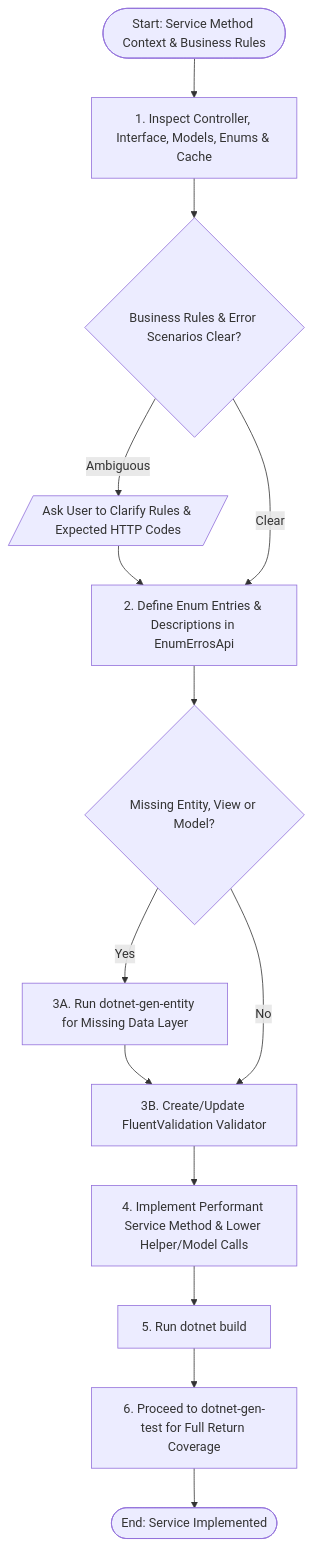
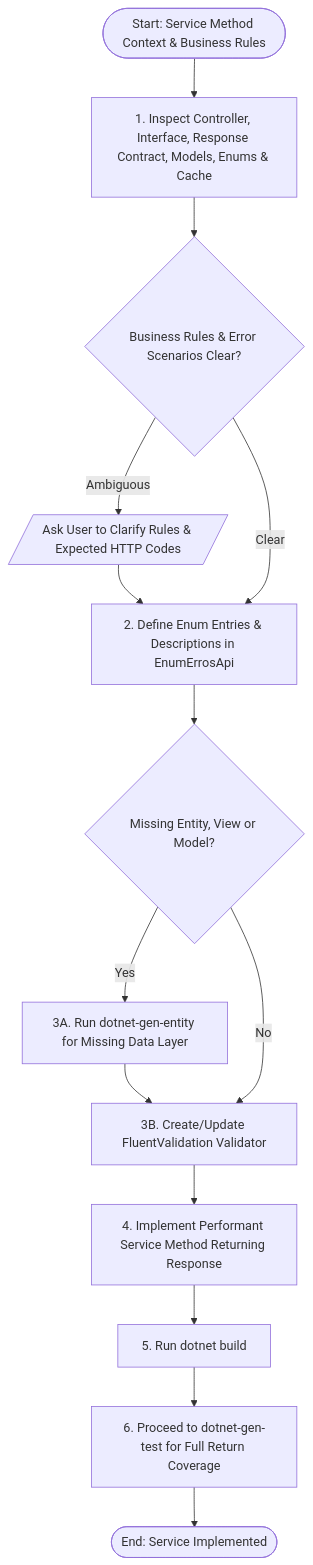
The diagram in AI/GEMINI/skills/programming/dotnet/dotnet-gen-service.md (pedrovtof/Nievo-AI), drawn with Mermaid before and after one commit. The commit also changed other lines of this file and 2 other files, not shown here.

First line of the commit message:
feat(skills): enforce mandatory response contracts in dotnet skills

````diff
--- a/AI/GEMINI/skills/programming/dotnet/dotnet-gen-service.md
+++ b/AI/GEMINI/skills/programming/dotnet/dotnet-gen-service.md
@@ -29,16 +28,16 @@
 ```mermaid
 flowchart TD
-    start(["Start: Service Method Context & Business Rules"]) --> inspect["1. Inspect Controller, Interface, Models, Enums & Cache"]
+    start(["Start: Service Method Context & Business Rules"]) --> inspect["1. Inspect Controller, Interface, Response Contract, Models, Enums & Cache"]
     inspect --> rules{"Business Rules & Error Scenarios Clear?"}
     rules -->|"Ambiguous"| ask[/"Ask User to Clarify Rules & Expected HTTP Codes"/]
     ask --> enum_step
     rules -->|"Clear"| enum_step["2. Define Enum Entries & Descriptions in EnumErrosApi"]
     enum_step --> lower_skills{"Missing Entity, View or Model?"}
     lower_skills -->|"Yes"| call_entity["3A. Run dotnet-gen-entity for Missing Data Layer"]
     call_entity --> validator
     lower_skills -->|"No"| validator["3B. Create/Update FluentValidation Validator"]
-    validator --> impl["4. Implement Performant Service Method & Lower Helper/Model Calls"]
+    validator --> impl["4. Implement Performant Service Method Returning <Verb><Action>Response"]
     impl --> build["5. Run dotnet build"]
     build --> test_skill["6. Proceed to dotnet-gen-test for Full Return Coverage"]
     test_skill --> finish(["End: Service Implemented"])
 ```
````
